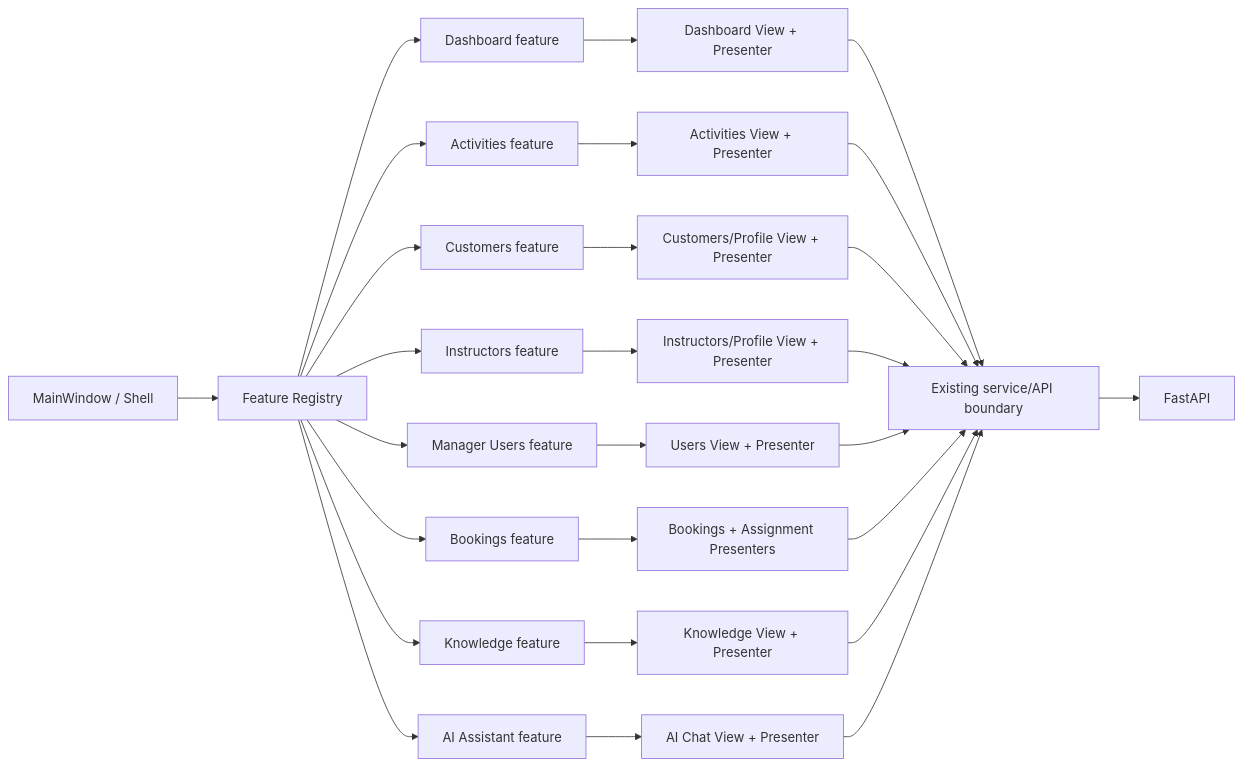
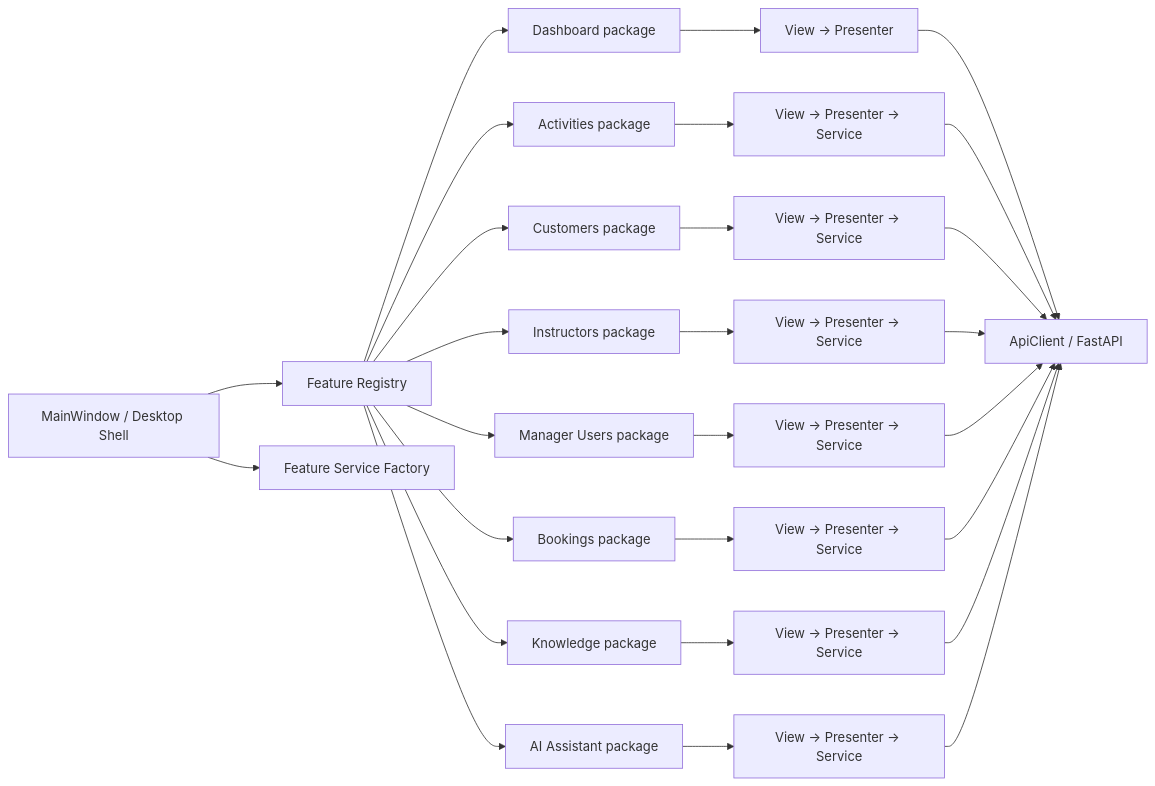
One commit to oriyari2/Havaya-Im-Neshama changed the diagram in docs/architecture/desktop-microfrontends.md. Above: the diagram before and after it, drawn with Mermaid. The commit also changed other lines of this file and 169 other files, not shown here.

Commit message:
refactor: reorganize desktop into feature-first microfrontends

````diff
--- a/docs/architecture/desktop-microfrontends.md
+++ b/docs/architecture/desktop-microfrontends.md
@@ -17,31 +58,31 @@
 ```mermaid
 flowchart LR
-    MW[MainWindow / Shell] --> REG[Feature Registry]
-    REG --> DASH[Dashboard feature]
-    REG --> ACT[Activities feature]
-    REG --> CUST[Customers feature]
-    REG --> INST[Instructors feature]
-    REG --> USERS[Manager Users feature]
-    REG --> BOOK[Bookings feature]
-    REG --> KNOW[Knowledge feature]
-    REG --> AI[AI Assistant feature]
+    MW[MainWindow / Desktop Shell] --> REG[Feature Registry]
+    MW --> SF[Feature Service Factory]
+    REG --> DASH[Dashboard package]
+    REG --> ACT[Activities package]
+    REG --> CUST[Customers package]
+    REG --> INST[Instructors package]
+    REG --> USERS[Manager Users package]
+    REG --> BOOK[Bookings package]
+    REG --> KNOW[Knowledge package]
+    REG --> AI[AI Assistant package]
 
-    DASH --> DVP[Dashboard View + Presenter]
-    ACT --> AVP[Activities View + Presenter]
-    CUST --> CVP[Customers/Profile View + Presenter]
-    INST --> IVP[Instructors/Profile View + Presenter]
-    USERS --> UVP[Users View + Presenter]
-    BOOK --> BVP[Bookings + Assignment Presenters]
-    KNOW --> KVP[Knowledge View + Presenter]
-    AI --> AIVP[AI Chat View + Presenter]
+    DASH --> DMVP[View -> Presenter]
+    ACT --> AMVP[View -> Presenter -> Service]
+    CUST --> CMVP[View -> Presenter -> Service]
+    INST --> IMVP[View -> Presenter -> Service]
+    USERS --> UMVP[View -> Presenter -> Service]
+    BOOK --> BMVP[View -> Presenter -> Service]
+    KNOW --> KMVP[View -> Presenter -> Service]
+    AI --> AIMVP[View -> Presenter -> Service]
 
-    DVP --> SVC[Existing service/API boundary]
-    AVP --> SVC
-    CVP --> SVC
-    IVP --> SVC
-    UVP --> SVC
-    BVP --> SVC
-    KVP --> SVC
-    AIVP --> SVC
-    SVC --> API[FastAPI]
+    DMVP --> API[ApiClient / FastAPI]
+    AMVP --> API
+    CMVP --> API
+    IMVP --> API
+    UMVP --> API
+    BMVP --> API
+    KMVP --> API
+    AIMVP --> API
 ```
````
